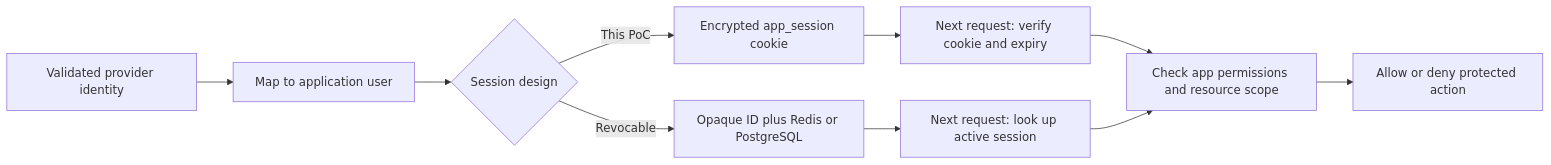
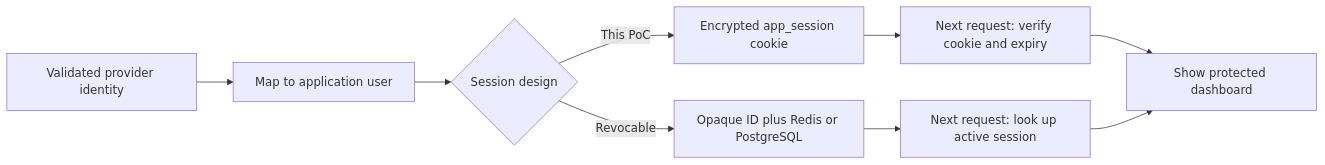
The third of 3 diagrams in README.md (korawit-cric/oauth-oidc-state-pkce-poc), drawn with Mermaid before and after one commit. The commit also changed other lines of this file and 4 other files, not shown here.

````diff
--- a/README.md
+++ b/README.md
@@ -70,12 +70,11 @@
 ```mermaid
 flowchart LR
     A[Validated provider identity] --> B[Map to application user]
     B --> C{Session design}
     C -->|This PoC| D[Encrypted app_session cookie]
     C -->|Revocable| E[Opaque ID plus Redis or PostgreSQL]
     D --> F[Next request: verify cookie and expiry]
     E --> G[Next request: look up active session]
-    F --> H[Check app permissions and resource scope]
+    F --> H[Show protected dashboard]
     G --> H
-    H --> I[Allow or deny protected action]
 ```
````
